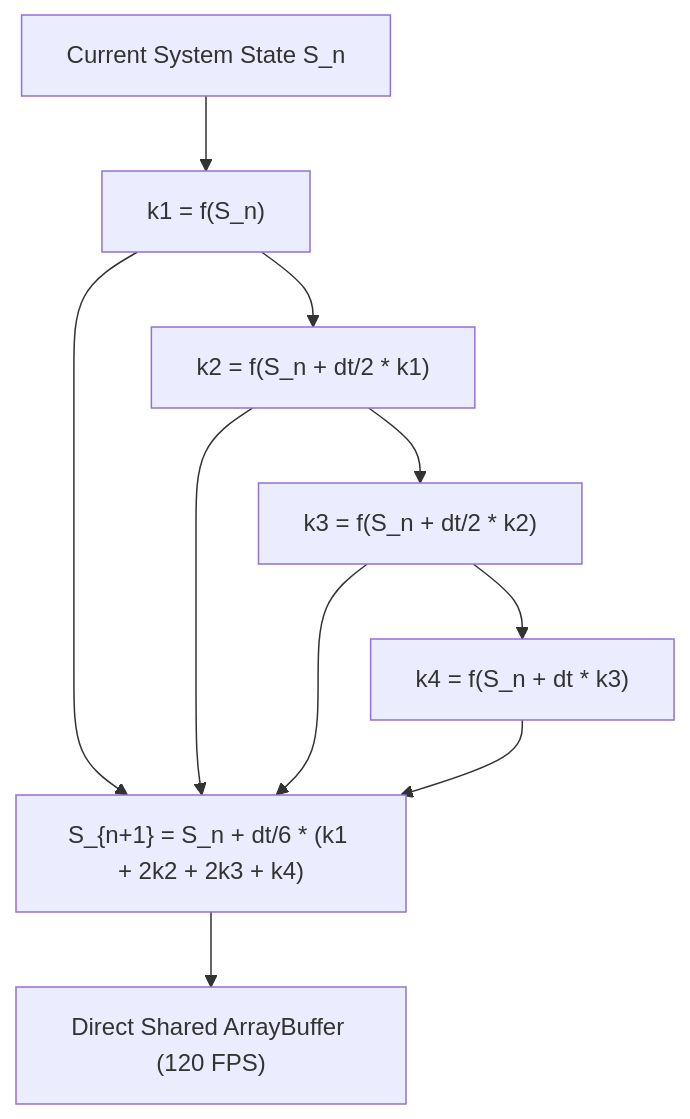
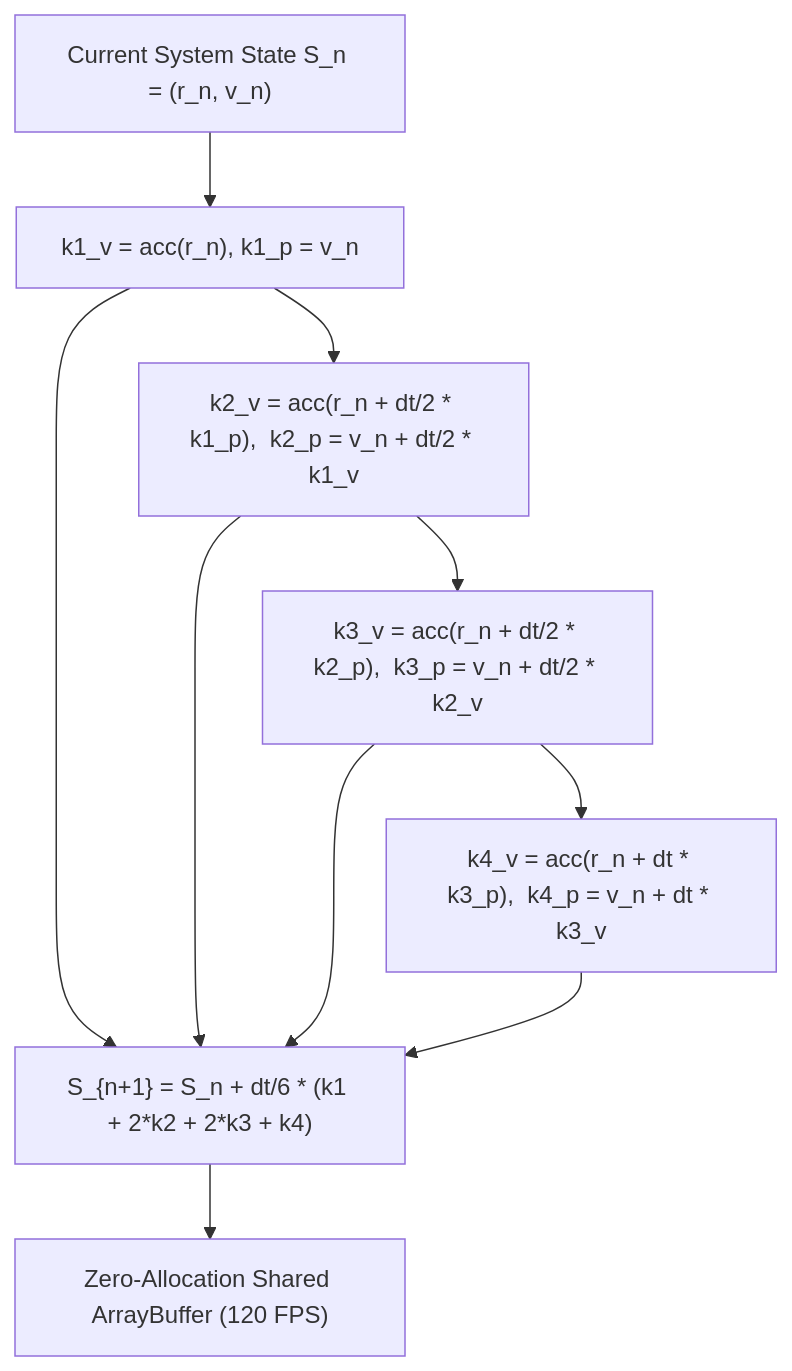
Before and after one commit to Pranjalya/AstraChaos-3D: the third of 3 diagrams in README.md, drawn with Mermaid. The commit also changed other lines of this file, not shown here.

Commit message:
docs: update README with technical architecture, ML inverse optimization formulas, and MCP tool suite

````diff
--- a/README.md
+++ b/README.md
@@ -280,9 +197,10 @@
 ```mermaid
 graph TD
-    State["Current System State S_n"] --> K1["k1 = f(S_n)"]
-    K1 --> K2["k2 = f(S_n + dt/2 * k1)"]
-    K2 --> K3["k3 = f(S_n + dt/2 * k2)"]
-    K3 --> K4["k4 = f(S_n + dt * k3)"]
-    K1 & K2 & K3 & K4 --> Combine["S_{n+1} = S_n + dt/6 * (k1 + 2k2 + 2k3 + k4)"]
-    Combine --> WASMPtr["Direct Shared ArrayBuffer (120 FPS)"]
+    State["Current System State S_n = (r_n, v_n)"] --> K1["k1_v = acc(r_n),  k1_p = v_n"]
+    K1 --> K2["k2_v = acc(r_n + dt/2 * k1_p),  k2_p = v_n + dt/2 * k1_v"]
+    K2 --> K3["k3_v = acc(r_n + dt/2 * k2_p),  k3_p = v_n + dt/2 * k2_v"]
+    K3 --> K4["k4_v = acc(r_n + dt * k3_p),  k4_p = v_n + dt * k3_v"]
+    
+    K1 & K2 & K3 & K4 --> Combine["S_{n+1} = S_n + dt/6 * (k1 + 2*k2 + 2*k3 + k4)"]
+    Combine --> MemoryPtr["Zero-Allocation Shared ArrayBuffer (120 FPS)"]
 ```
````
